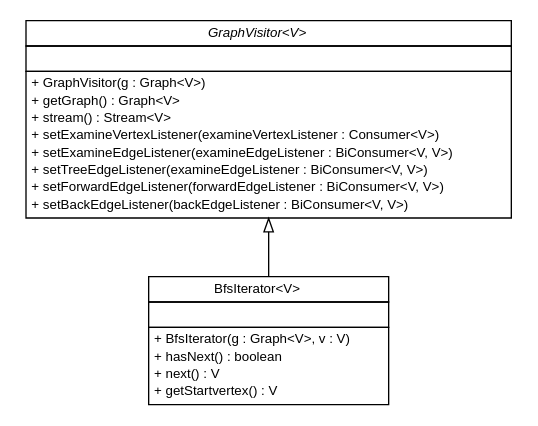
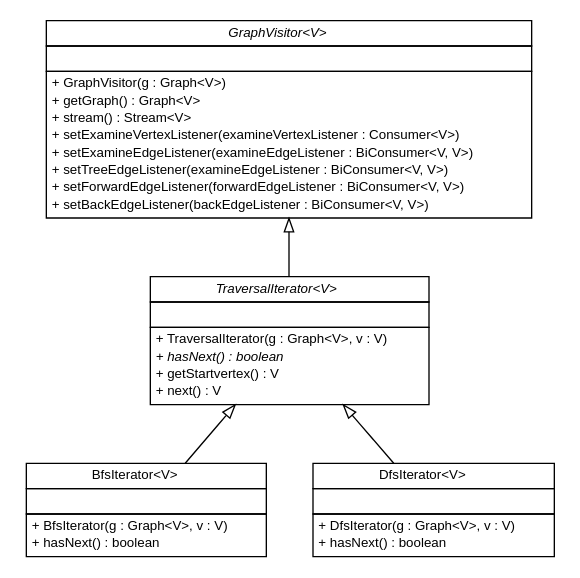
One commit to monora/jgraphl changed the diagram in jgraphl-core/apidocs/org/jgraphl/graph/traversal/org.jgraphl.graph.traversal.dot. Above: the diagram before and after it, drawn with Graphviz. The commit also changed 218 other files, not shown here.

Commit message:
Site checkin for project Java Graph Library Parent

```diff
--- a/jgraphl-core/apidocs/org/jgraphl/graph/traversal/org.jgraphl.graph.traversal.dot
+++ b/jgraphl-core/apidocs/org/jgraphl/graph/traversal/org.jgraphl.graph.traversal.dot
@@ -1,48 +1,78 @@
 #!/usr/local/bin/dot
 #
 # Class diagram 
 # Generated by UMLGraph version R5_6-24-gf6e263 (http://www.umlgraph.org/)
 #
 
 digraph G {
 	edge [fontname="Helvetica",fontsize=10,labelfontname="Helvetica",labelfontsize=10];
 	node [fontname="Helvetica",fontsize=10,shape=plaintext];
 	nodesep=0.25;
 	ranksep=0.5;
+	// org.jgraphl.graph.traversal.TraversalIterator<V>
+	c225 [label=<<table title="org.jgraphl.graph.traversal.TraversalIterator" border="0" cellborder="1" cellspacing="0" cellpadding="2" port="p" href="./TraversalIterator.html">
+		<tr><td><table border="0" cellspacing="0" cellpadding="1">
+<tr><td align="center" balign="center"><font face="Helvetica-Oblique"> TraversalIterator&lt;V&gt; </font></td></tr>
+		</table></td></tr>
+		<tr><td><table border="0" cellspacing="0" cellpadding="1">
+<tr><td align="left" balign="left">  </td></tr>
+		</table></td></tr>
+		<tr><td><table border="0" cellspacing="0" cellpadding="1">
+<tr><td align="left" balign="left"> + TraversalIterator(g : Graph&lt;V&gt;, v : V) </td></tr>
+<tr><td align="left" balign="left"><font face="Helvetica-Oblique" point-size="10.0"> + hasNext() : boolean </font></td></tr>
+<tr><td align="left" balign="left"> + getStartvertex() : V </td></tr>
+<tr><td align="left" balign="left"> + next() : V </td></tr>
+		</table></td></tr>
+		</table>>, URL="./TraversalIterator.html", fontname="Helvetica", fontcolor="black", fontsize=10.0];
 	// org.jgraphl.graph.traversal.BfsIterator<V>
-	c213 [label=<<table title="org.jgraphl.graph.traversal.BfsIterator" border="0" cellborder="1" cellspacing="0" cellpadding="2" port="p" href="./BfsIterator.html">
+	c226 [label=<<table title="org.jgraphl.graph.traversal.BfsIterator" border="0" cellborder="1" cellspacing="0" cellpadding="2" port="p" href="./BfsIterator.html">
 		<tr><td><table border="0" cellspacing="0" cellpadding="1">
 <tr><td align="center" balign="center"> BfsIterator&lt;V&gt; </td></tr>
 		</table></td></tr>
 		<tr><td><table border="0" cellspacing="0" cellpadding="1">
 <tr><td align="left" balign="left">  </td></tr>
 		</table></td></tr>
 		<tr><td><table border="0" cellspacing="0" cellpadding="1">
 <tr><td align="left" balign="left"> + BfsIterator(g : Graph&lt;V&gt;, v : V) </td></tr>
 <tr><td align="left" balign="left"> + hasNext() : boolean </td></tr>
-<tr><td align="left" balign="left"> + next() : V </td></tr>
-<tr><td align="left" balign="left"> + getStartvertex() : V </td></tr>
 		</table></td></tr>
 		</table>>, URL="./BfsIterator.html", fontname="Helvetica", fontcolor="black", fontsize=10.0];
+	// org.jgraphl.graph.traversal.DfsIterator<V>
+	c227 [label=<<table title="org.jgraphl.graph.traversal.DfsIterator" border="0" cellborder="1" cellspacing="0" cellpadding="2" port="p" href="./DfsIterator.html">
+		<tr><td><table border="0" cellspacing="0" cellpadding="1">
+<tr><td align="center" balign="center"> DfsIterator&lt;V&gt; </td></tr>
+		</table></td></tr>
+		<tr><td><table border="0" cellspacing="0" cellpadding="1">
+<tr><td align="left" balign="left">  </td></tr>
+		</table></td></tr>
+		<tr><td><table border="0" cellspacing="0" cellpadding="1">
+<tr><td align="left" balign="left"> + DfsIterator(g : Graph&lt;V&gt;, v : V) </td></tr>
+<tr><td align="left" balign="left"> + hasNext() : boolean </td></tr>
+		</table></td></tr>
+		</table>>, URL="./DfsIterator.html", fontname="Helvetica", fontcolor="black", fontsize=10.0];
 	// org.jgraphl.graph.traversal.GraphVisitor<V>
-	c214 [label=<<table title="org.jgraphl.graph.traversal.GraphVisitor" border="0" cellborder="1" cellspacing="0" cellpadding="2" port="p" href="./GraphVisitor.html">
+	c228 [label=<<table title="org.jgraphl.graph.traversal.GraphVisitor" border="0" cellborder="1" cellspacing="0" cellpadding="2" port="p" href="./GraphVisitor.html">
 		<tr><td><table border="0" cellspacing="0" cellpadding="1">
 <tr><td align="center" balign="center"><font face="Helvetica-Oblique"> GraphVisitor&lt;V&gt; </font></td></tr>
 		</table></td></tr>
 		<tr><td><table border="0" cellspacing="0" cellpadding="1">
 <tr><td align="left" balign="left">  </td></tr>
 		</table></td></tr>
 		<tr><td><table border="0" cellspacing="0" cellpadding="1">
 <tr><td align="left" balign="left"> + GraphVisitor(g : Graph&lt;V&gt;) </td></tr>
 <tr><td align="left" balign="left"> + getGraph() : Graph&lt;V&gt; </td></tr>
 <tr><td align="left" balign="left"> + stream() : Stream&lt;V&gt; </td></tr>
 <tr><td align="left" balign="left"> + setExamineVertexListener(examineVertexListener : Consumer&lt;V&gt;) </td></tr>
 <tr><td align="left" balign="left"> + setExamineEdgeListener(examineEdgeListener : BiConsumer&lt;V, V&gt;) </td></tr>
 <tr><td align="left" balign="left"> + setTreeEdgeListener(examineEdgeListener : BiConsumer&lt;V, V&gt;) </td></tr>
 <tr><td align="left" balign="left"> + setForwardEdgeListener(forwardEdgeListener : BiConsumer&lt;V, V&gt;) </td></tr>
 <tr><td align="left" balign="left"> + setBackEdgeListener(backEdgeListener : BiConsumer&lt;V, V&gt;) </td></tr>
 		</table></td></tr>
 		</table>>, URL="./GraphVisitor.html", fontname="Helvetica", fontcolor="black", fontsize=10.0];
-	//org.jgraphl.graph.traversal.BfsIterator<V> extends org.jgraphl.graph.traversal.GraphVisitor<V>
-	c214:p -> c213:p [dir=back,arrowtail=empty];
+	//org.jgraphl.graph.traversal.TraversalIterator<V> extends org.jgraphl.graph.traversal.GraphVisitor<V>
+	c228:p -> c225:p [dir=back,arrowtail=empty];
+	//org.jgraphl.graph.traversal.BfsIterator<V> extends org.jgraphl.graph.traversal.TraversalIterator<V>
+	c225:p -> c226:p [dir=back,arrowtail=empty];
+	//org.jgraphl.graph.traversal.DfsIterator<V> extends org.jgraphl.graph.traversal.TraversalIterator<V>
+	c225:p -> c227:p [dir=back,arrowtail=empty];
 }
```
